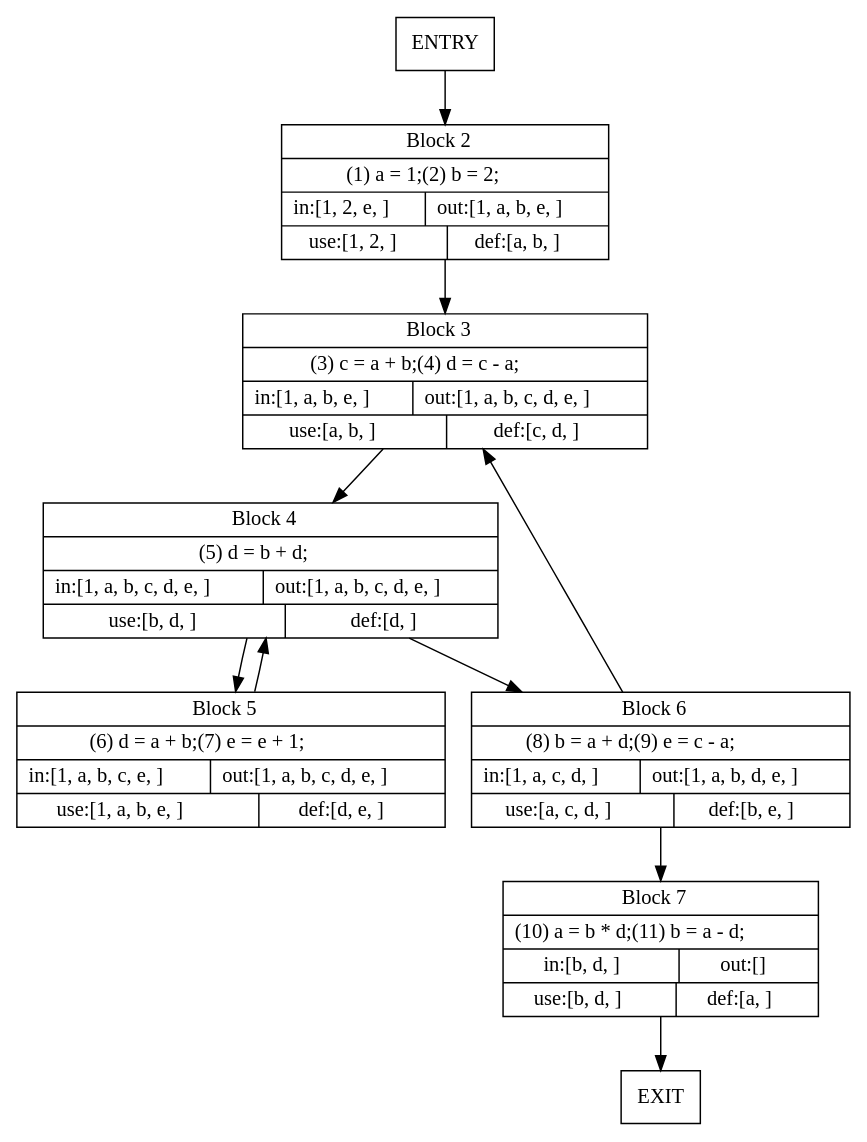
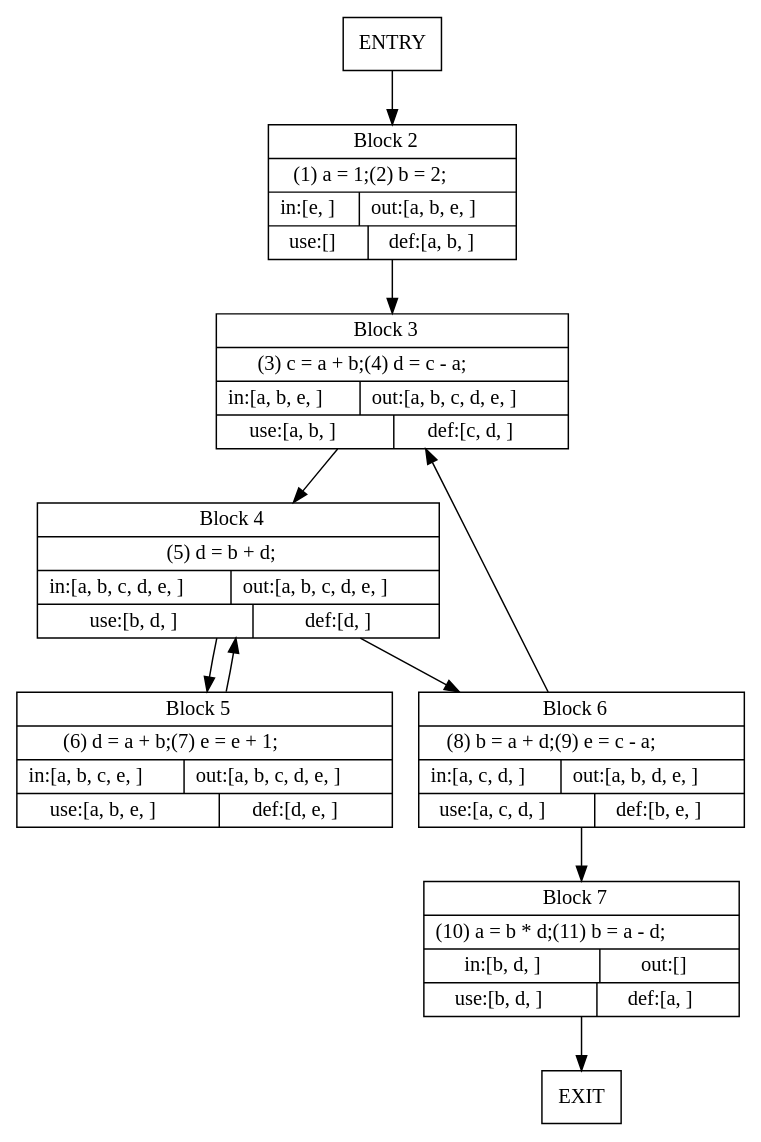
The diagram in lv.dot (0Marble/dataflow_in_zig), drawn with Graphviz before and after one commit. The commit also changed 1 other file, not shown here.

```diff
--- a/lv.dot
+++ b/lv.dot
@@ -1,20 +1,20 @@
 digraph {
 node [shape=record];
 0 [label="ENTRY"];
 1 [label="EXIT"];
-2 [label=<{Block 2|(1) a = 1;(2) b = 2;|{in:[1, 2, e, ]|out:[1, a, b, e, ]}|{use:[1, 2, ]|def:[a, b, ]}}>];
-3 [label=<{Block 3|(3) c = a + b;(4) d = c - a;|{in:[1, a, b, e, ]|out:[1, a, b, c, d, e, ]}|{use:[a, b, ]|def:[c, d, ]}}>];
-4 [label=<{Block 4|(5) d = b + d;|{in:[1, a, b, c, d, e, ]|out:[1, a, b, c, d, e, ]}|{use:[b, d, ]|def:[d, ]}}>];
-5 [label=<{Block 5|(6) d = a + b;(7) e = e + 1;|{in:[1, a, b, c, e, ]|out:[1, a, b, c, d, e, ]}|{use:[1, a, b, e, ]|def:[d, e, ]}}>];
-6 [label=<{Block 6|(8) b = a + d;(9) e = c - a;|{in:[1, a, c, d, ]|out:[1, a, b, d, e, ]}|{use:[a, c, d, ]|def:[b, e, ]}}>];
+2 [label=<{Block 2|(1) a = 1;(2) b = 2;|{in:[e, ]|out:[a, b, e, ]}|{use:[]|def:[a, b, ]}}>];
+3 [label=<{Block 3|(3) c = a + b;(4) d = c - a;|{in:[a, b, e, ]|out:[a, b, c, d, e, ]}|{use:[a, b, ]|def:[c, d, ]}}>];
+4 [label=<{Block 4|(5) d = b + d;|{in:[a, b, c, d, e, ]|out:[a, b, c, d, e, ]}|{use:[b, d, ]|def:[d, ]}}>];
+5 [label=<{Block 5|(6) d = a + b;(7) e = e + 1;|{in:[a, b, c, e, ]|out:[a, b, c, d, e, ]}|{use:[a, b, e, ]|def:[d, e, ]}}>];
+6 [label=<{Block 6|(8) b = a + d;(9) e = c - a;|{in:[a, c, d, ]|out:[a, b, d, e, ]}|{use:[a, c, d, ]|def:[b, e, ]}}>];
 7 [label=<{Block 7|(10) a = b * d;(11) b = a - d;|{in:[b, d, ]|out:[]}|{use:[b, d, ]|def:[a, ]}}>];
 0 -> 2;
 2 -> 3;
 3 -> 4;
 4 -> 5;
 4 -> 6;
 5 -> 4;
 6 -> 3;
 6 -> 7;
 7 -> 1;
 }
```
